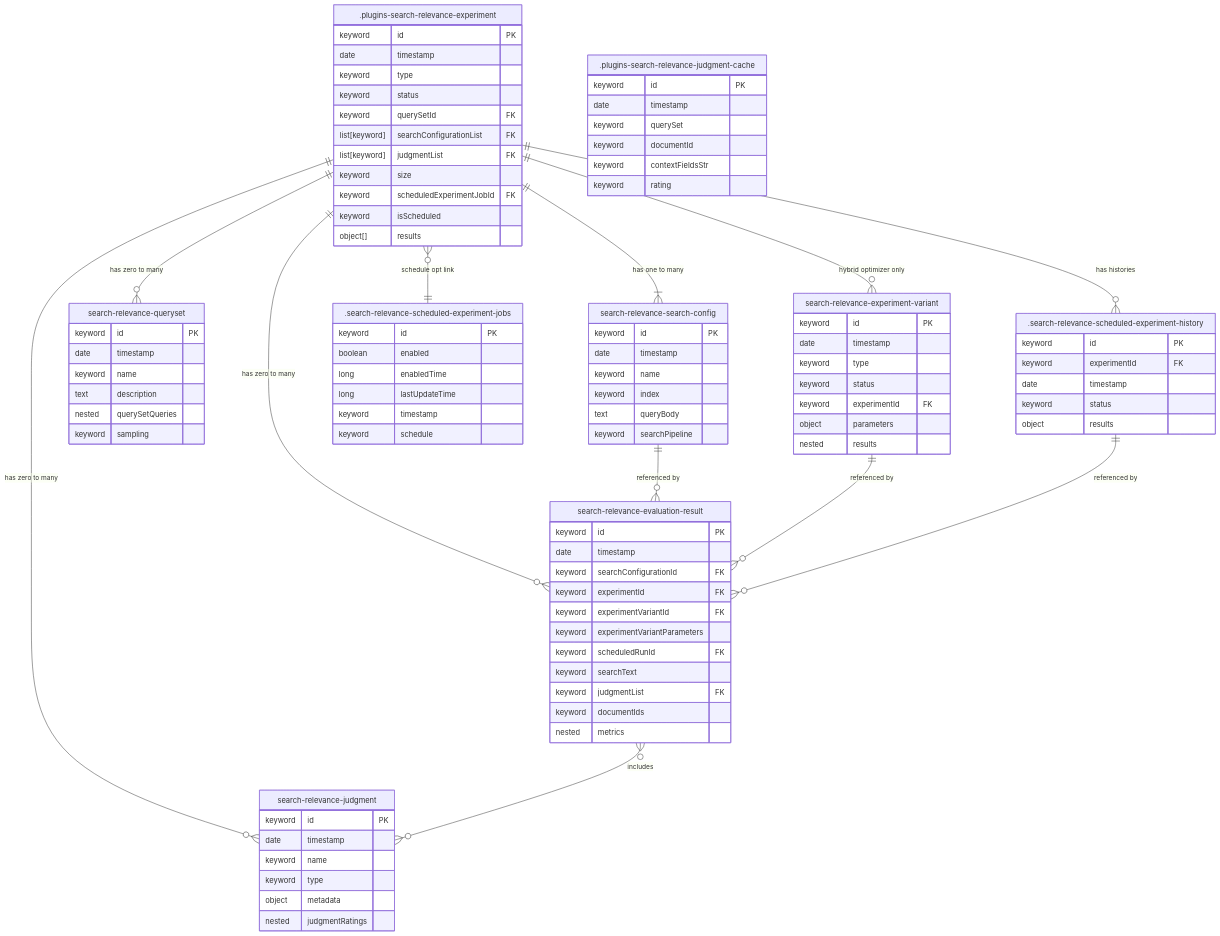
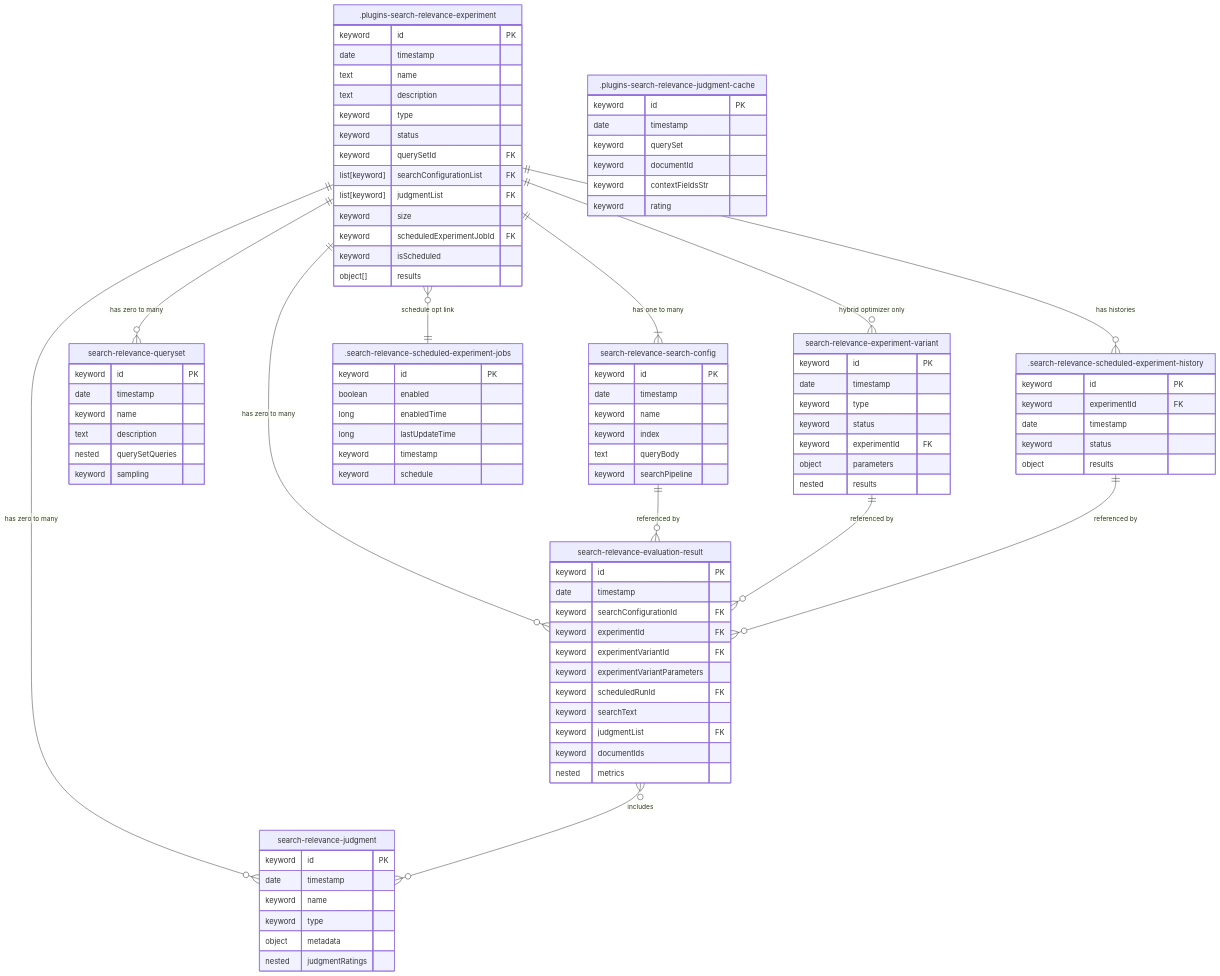
One commit to opensearch-project/search-relevance changed the first of 5 diagrams in DEVELOPER_GUIDE.md. Above: the diagram before and after it, drawn with Mermaid. The commit also changed 10 other files, not shown here.

```diff
--- a/DEVELOPER_GUIDE.md
+++ b/DEVELOPER_GUIDE.md
@@ -335,6 +335,8 @@
     ".plugins-search-relevance-experiment" {
         keyword id PK
         date timestamp
+        text name
+        text description
         keyword type
         keyword status
         keyword querySetId FK
```
